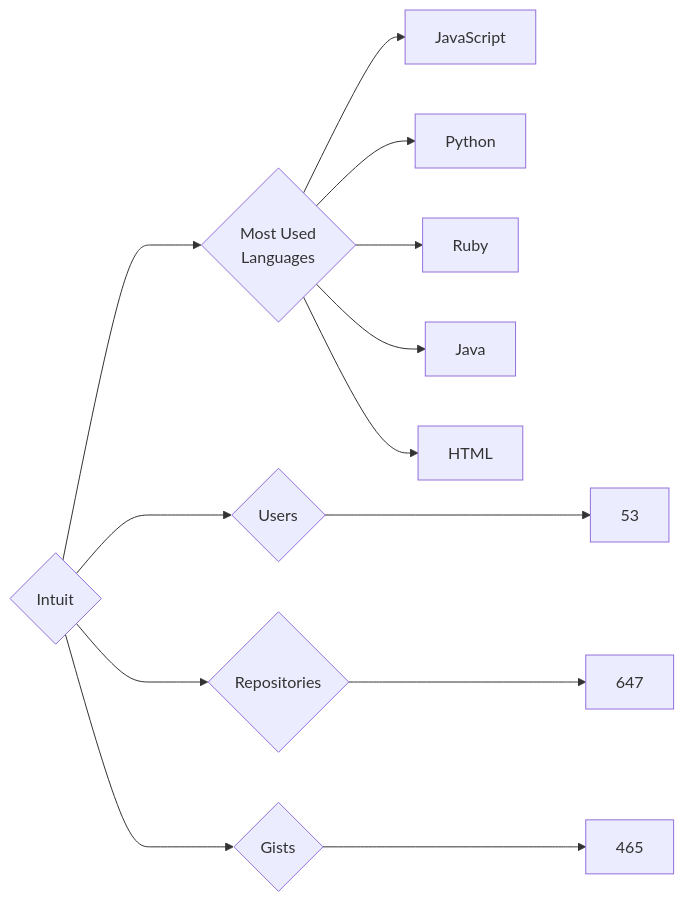
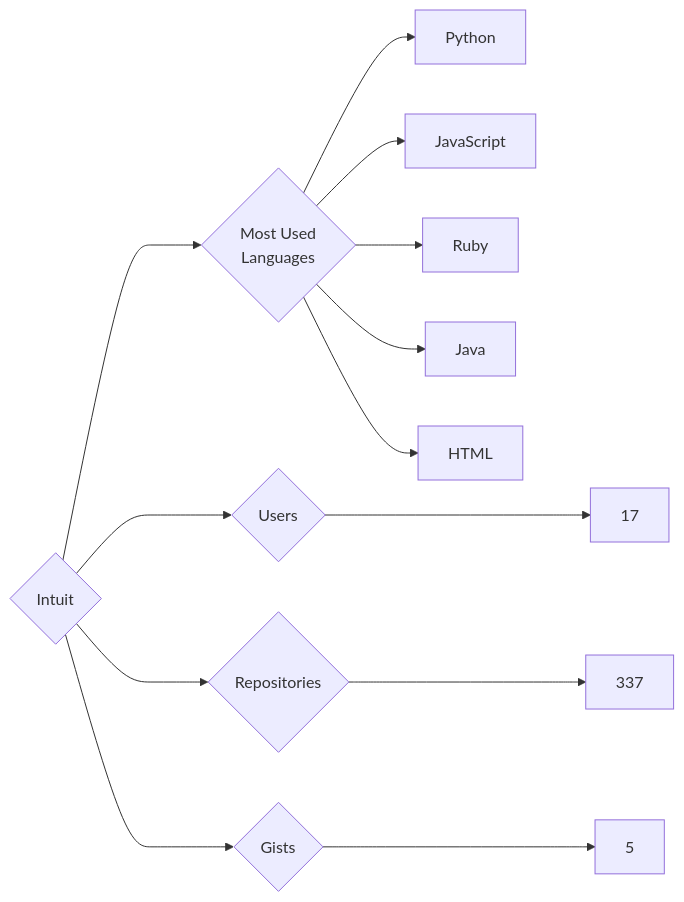
One commit to trickest/insiders changed the diagram in targets/Intuit/README.md. Above: the diagram before and after it, drawn with Mermaid. The commit also changed 775 other files, not shown here.

````diff
--- a/targets/Intuit/README.md
+++ b/targets/Intuit/README.md
@@ -3,13 +3,13 @@
 ```mermaid
 graph LR
 COMPANY_NAME{Intuit}
-COMPANY_NAME ---> U{Users} ---> UN[53]
-COMPANY_NAME ---> R{Repositories} ---> RN[647]
-COMPANY_NAME ---> G{Gists} ---> GN[465]
+COMPANY_NAME ---> U{Users} ---> UN[17]
+COMPANY_NAME ---> R{Repositories} ---> RN[337]
+COMPANY_NAME ---> G{Gists} ---> GN[5]
 COMPANY_NAME ---> ML{Most Used<br>Languages}
+ML --> Python[Python]
 ML --> JavaScript[JavaScript]
-ML --> Python[Python]
 ML --> Ruby[Ruby]
 ML --> Java[Java]
 ML --> HTML[HTML]
 ```
````
